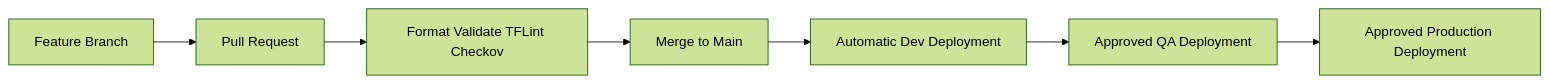
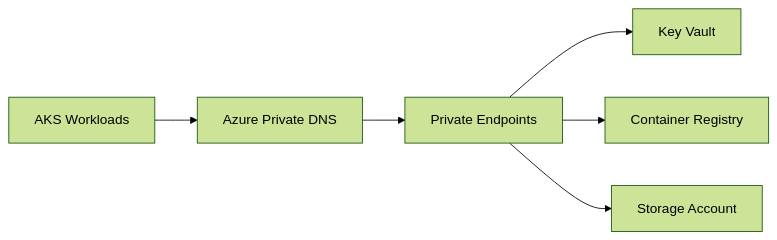
Before and after one commit to harshilamin/terraform-azure-enterprise-infrastructure: the diagram in README.md, drawn with Mermaid (forest theme). The commit also changed other lines of this file and 47 other files, not shown here.

````diff
--- a/README.md
+++ b/README.md
@@ -18,9 +20,8 @@
 ```mermaid
 flowchart LR
-    B[Feature Branch] --> PR[Pull Request]
-    PR --> CI[Format Validate TFLint Checkov]
-    CI --> M[Merge to Main]
-    M --> D[Automatic Dev Deployment]
-    D --> Q[Approved QA Deployment]
-    Q --> P[Approved Production Deployment]
+    AKS[AKS Workloads] --> DNS[Azure Private DNS]
+    DNS --> PE[Private Endpoints]
+    PE --> KV[Key Vault]
+    PE --> ACR[Container Registry]
+    PE --> ST[Storage Account]
 ```
````
